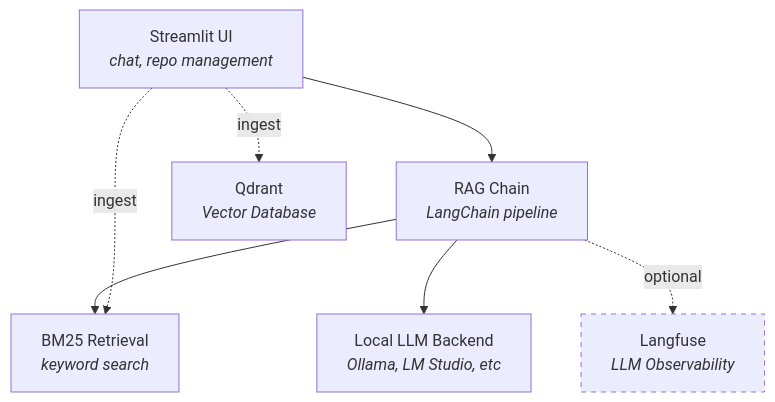
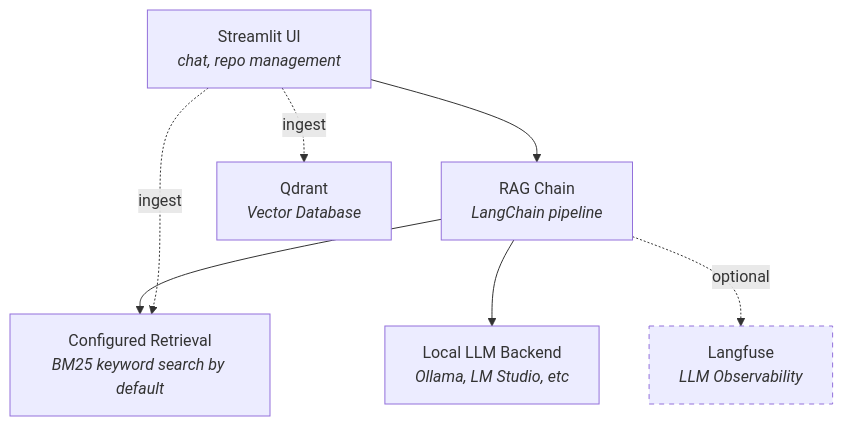
Before and after one commit to alexschiltmans/codebase-rag: the diagram in README.md, drawn with Mermaid. The commit also changed other lines of this file and 21 other files, not shown here.

````diff
--- a/README.md
+++ b/README.md
@@ -47,18 +47,18 @@
 ```mermaid
 graph TD
     UI["Streamlit UI<br/><i>chat, repo management</i>"]
     RAG["RAG Chain<br/><i>LangChain pipeline</i>"]
-    HS["BM25 Retrieval<br/><i>keyword search</i>"]
+    HS["Configured Retrieval<br/><i>BM25 keyword search by default</i>"]
     LLM["Local LLM Backend<br/><i>Ollama, LM Studio, etc</i>"]
     QD["Qdrant<br/><i>Vector Database</i>"]
     LF["Langfuse<br/><i>LLM Observability</i>"]
 
     UI --> RAG
     RAG --> HS
     RAG --> LLM
     UI -.->|ingest| QD
     UI -.->|ingest| HS
     RAG -.->|optional| LF
 
     style LF stroke-dasharray: 5 5
 ```
````
